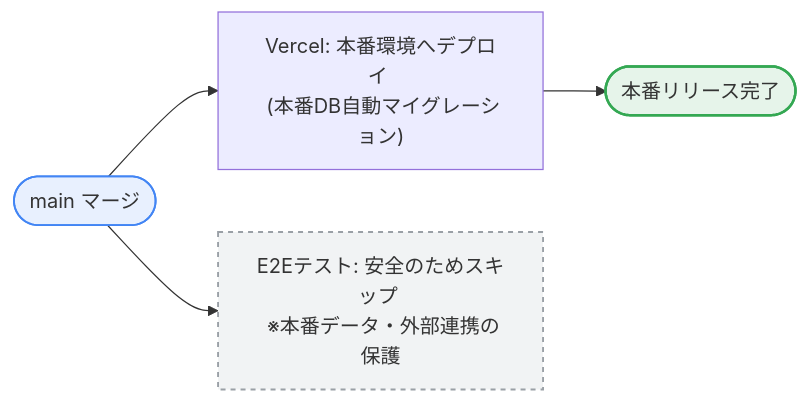
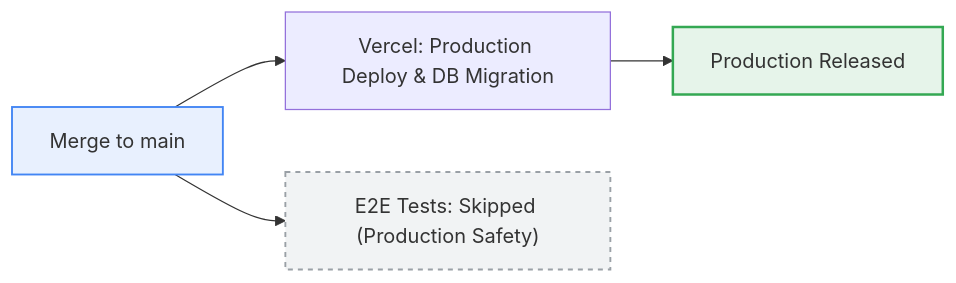
Before and after one commit to asaborian/material-request: the second of 2 diagrams in README.md, drawn with Mermaid. The commit also changed other lines of this file, not shown here.

Commit message:
docs: Mermaid図のノードを英語表記に変更し記述をシンプル化

````diff
--- a/README.md
+++ b/README.md
@@ -71,11 +71,11 @@
 ```mermaid
 flowchart LR
     classDef main fill:#e8f0fe,stroke:#4285f4,stroke-width:1.5px;
     classDef success fill:#e6f4ea,stroke:#34a853,stroke-width:2px;
     classDef skip fill:#f1f3f4,stroke:#9aa0a6,stroke-width:1.5px,stroke-dasharray: 4 4;
 
-    MERGE(["main マージ"]):::main --> VERCEL["Vercel: 本番環境へデプロイ <br> (本番DB自動マイグレーション)"]
-    MERGE --> SKIP["E2Eテスト: 安全のためスキップ <br> ※本番データ・外部連携の保護"]:::skip
+    MERGE["Merge to main"]:::main --> VERCEL["Vercel: Production Deploy & DB Migration"]
+    MERGE --> SKIP["E2E Tests: Skipped (Production Safety)"]:::skip
 
-    VERCEL --> RELEASE(["本番リリース完了"]):::success
+    VERCEL --> RELEASE["Production Released"]:::success
 ```
````
